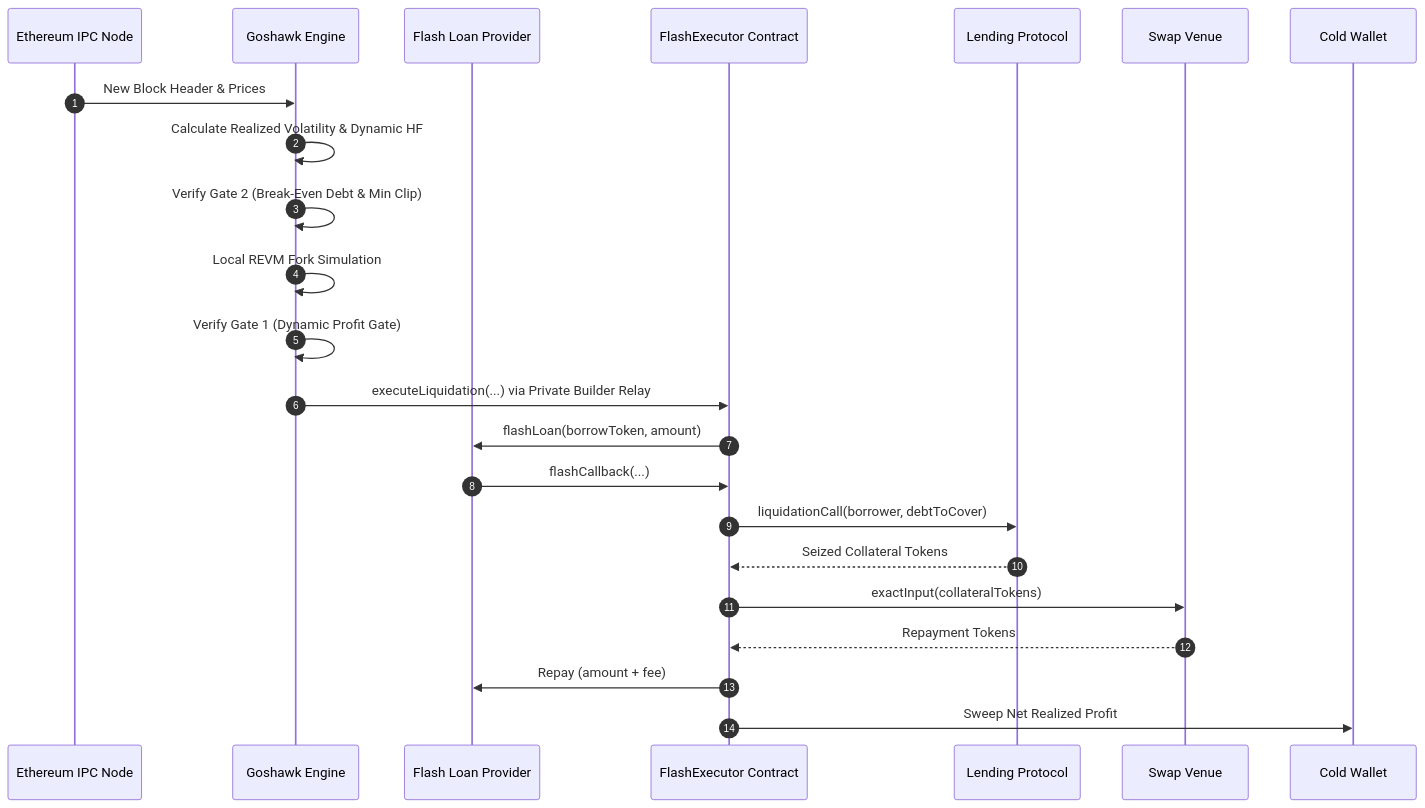
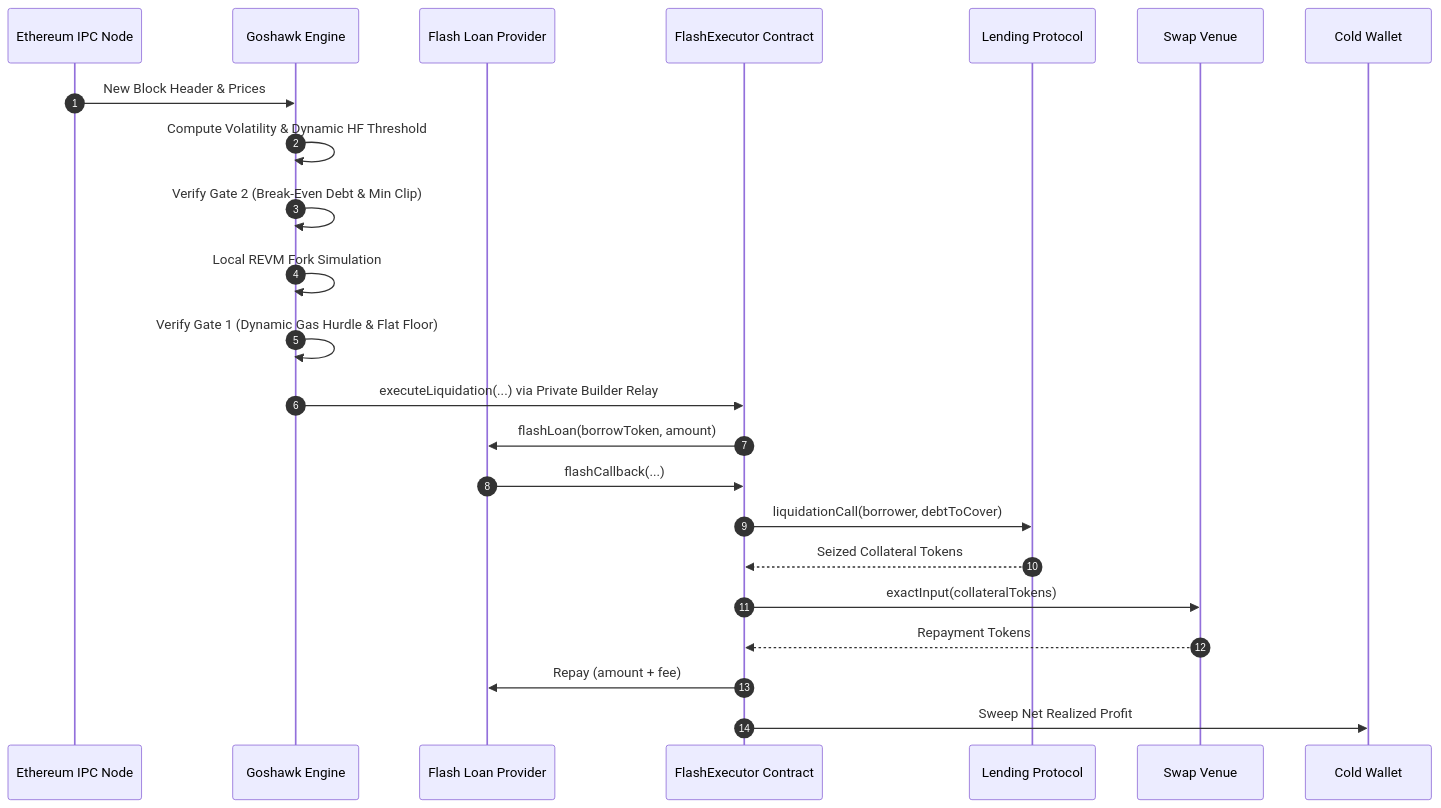
Before and after one commit to Xtley001/goshawk: the diagram in docs/whitepaper.md, drawn with Mermaid. The commit also changed other lines of this file and 7 other files, not shown here.

````diff
--- a/docs/whitepaper.md
+++ b/docs/whitepaper.md
@@ -32,26 +30,26 @@
 ```mermaid
 sequenceDiagram
     autonumber
     participant Node as Ethereum IPC Node
     participant Bot as Goshawk Engine
     participant Flash as Flash Loan Provider
     participant Exec as FlashExecutor Contract
     participant Market as Lending Protocol
     participant DEX as Swap Venue
     participant Cold as Cold Wallet
 
     Node->>Bot: New Block Header & Prices
-    Bot->>Bot: Calculate Realized Volatility & Dynamic HF
+    Bot->>Bot: Compute Volatility & Dynamic HF Threshold
     Bot->>Bot: Verify Gate 2 (Break-Even Debt & Min Clip)
     Bot->>Bot: Local REVM Fork Simulation
-    Bot->>Bot: Verify Gate 1 (Dynamic Profit Gate)
+    Bot->>Bot: Verify Gate 1 (Dynamic Gas Hurdle & Flat Floor)
     Bot->>Exec: executeLiquidation(...) via Private Builder Relay
     Exec->>Flash: flashLoan(borrowToken, amount)
     Flash->>Exec: flashCallback(...)
     Exec->>Market: liquidationCall(borrower, debtToCover)
     Market-->>Exec: Seized Collateral Tokens
     Exec->>DEX: exactInput(collateralTokens)
     DEX-->>Exec: Repayment Tokens
     Exec->>Flash: Repay (amount + fee)
     Exec->>Cold: Sweep Net Realized Profit
 ```
````
